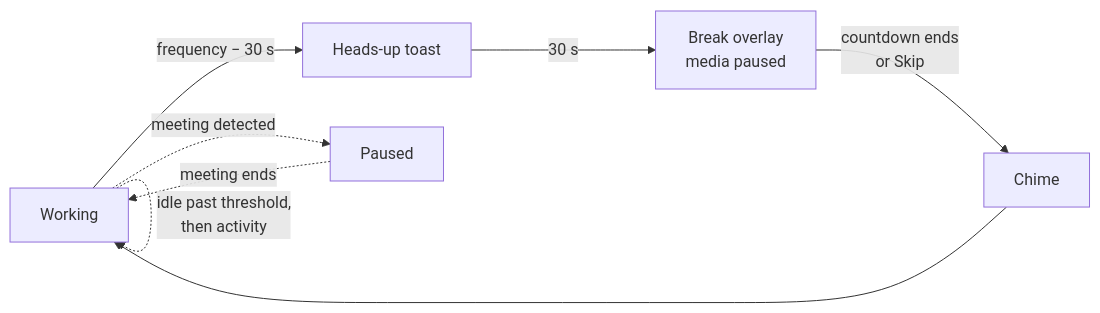
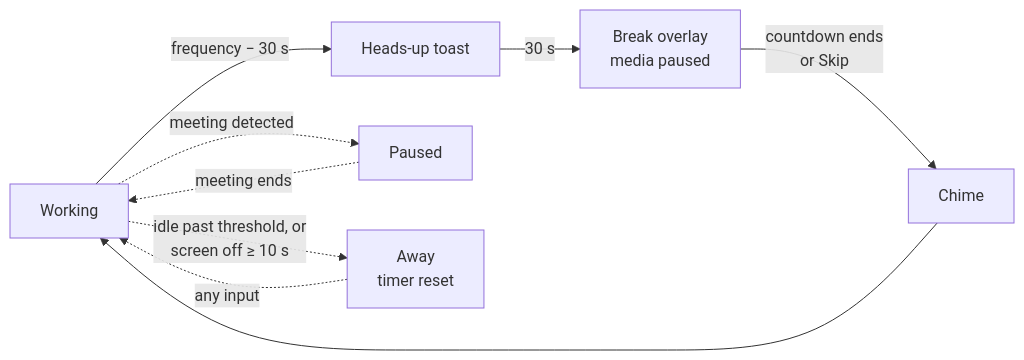
The diagram in README.md (mrinesh/WalkAway), drawn with Mermaid before and after one commit. The commit also changed other lines of this file and 4 other files, not shown here.

First line of the commit message:
Rebuild idle detection so time away resets the break cycle

````diff
--- a/README.md
+++ b/README.md
@@ -56,10 +57,11 @@
 ```mermaid
 flowchart LR
     A[Working] -->|frequency − 30 s| B[Heads-up toast]
     B -->|30 s| C[Break overlay<br/>media paused]
     C -->|countdown ends<br/>or Skip| D[Chime]
     D --> A
     A -.->|meeting detected| P[Paused]
     P -.->|meeting ends| A
-    A -.->|idle past threshold,<br/>then activity| A
+    A -.->|idle past threshold, or<br/>screen off ≥ 10 s| W[Away<br/>timer reset]
+    W -.->|any input| A
 ```
````
